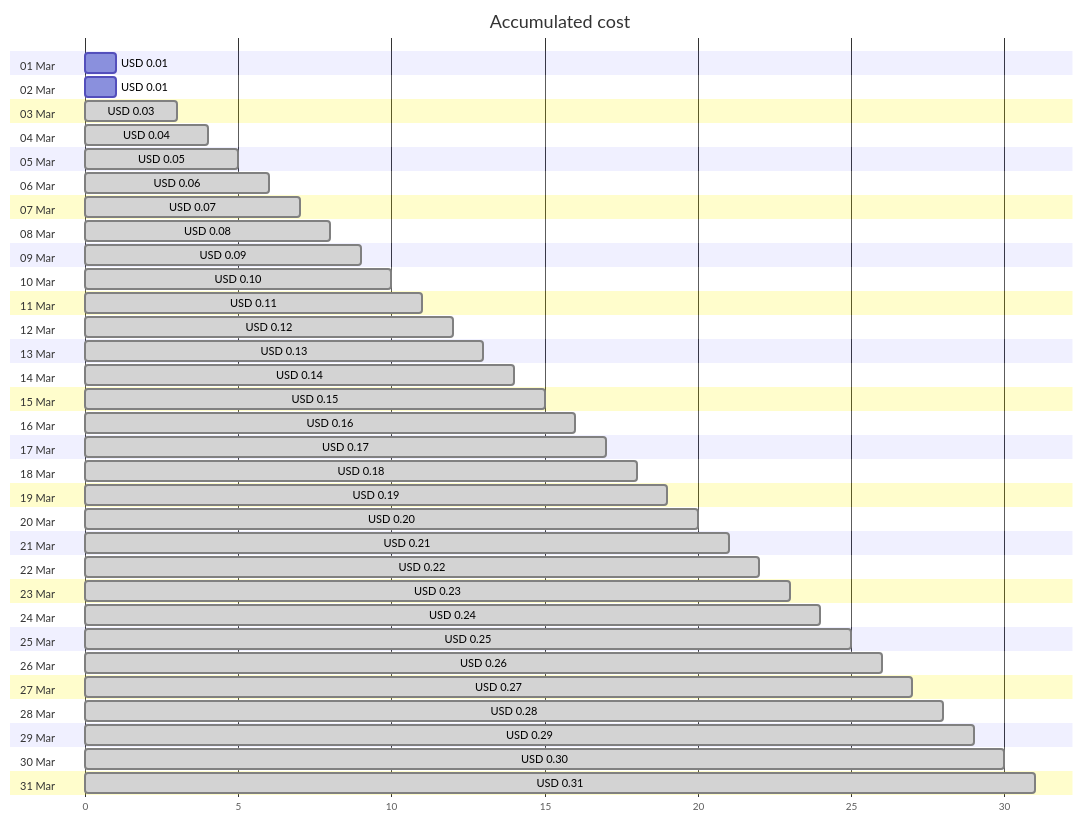
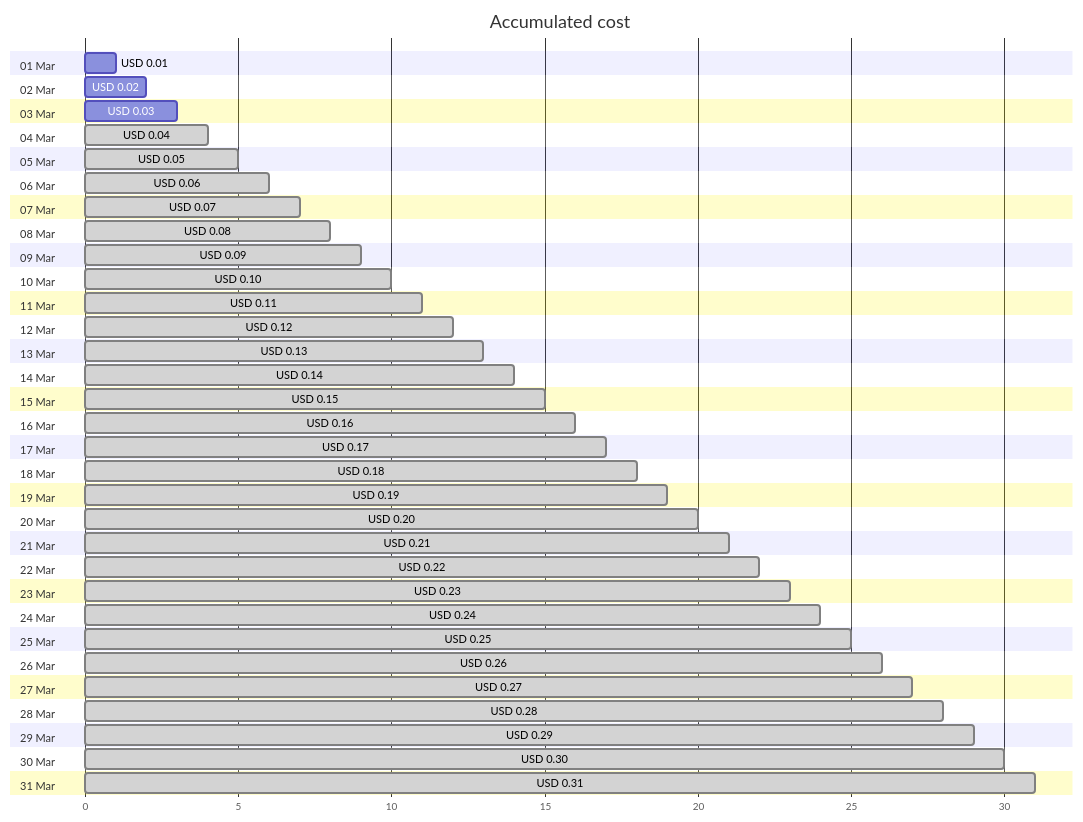
Before and after one commit to jpfulton/azure-personal-reports: the first of 4 diagrams in cost-reports/cloud-shell-storage-eastus/README.md, drawn with Mermaid. The commit also changed other lines of this file and 1 other file, not shown here.

````diff
--- a/cost-reports/cloud-shell-storage-eastus/README.md
+++ b/cost-reports/cloud-shell-storage-eastus/README.md
@@ -20,68 +20,68 @@
 ```mermaid
 gantt
    title Accumulated cost
    dateFormat  X
    axisFormat %s
    section 01 Mar
    USD 0.01 :0, 1
    section 02 Mar
-   USD 0.01 :0, 1
+   USD 0.02 :0, 2
    section 03 Mar
-   USD 0.03 : done, 0, 3
+   USD 0.03 :0, 3
    section 04 Mar
    USD 0.04 : done, 0, 4
    section 05 Mar
    USD 0.05 : done, 0, 5
    section 06 Mar
    USD 0.06 : done, 0, 6
    section 07 Mar
    USD 0.07 : done, 0, 7
    section 08 Mar
    USD 0.08 : done, 0, 8
    section 09 Mar
    USD 0.09 : done, 0, 9
    section 10 Mar
    USD 0.10 : done, 0, 10
    section 11 Mar
    USD 0.11 : done, 0, 11
    section 12 Mar
    USD 0.12 : done, 0, 12
    section 13 Mar
    USD 0.13 : done, 0, 13
    section 14 Mar
    USD 0.14 : done, 0, 14
    section 15 Mar
    USD 0.15 : done, 0, 15
    section 16 Mar
    USD 0.16 : done, 0, 16
    section 17 Mar
    USD 0.17 : done, 0, 17
    section 18 Mar
    USD 0.18 : done, 0, 18
    section 19 Mar
    USD 0.19 : done, 0, 19
    section 20 Mar
    USD 0.20 : done, 0, 20
    section 21 Mar
    USD 0.21 : done, 0, 21
    section 22 Mar
    USD 0.22 : done, 0, 22
    section 23 Mar
    USD 0.23 : done, 0, 23
    section 24 Mar
    USD 0.24 : done, 0, 24
    section 25 Mar
    USD 0.25 : done, 0, 25
    section 26 Mar
    USD 0.26 : done, 0, 26
    section 27 Mar
    USD 0.27 : done, 0, 27
    section 28 Mar
    USD 0.28 : done, 0, 28
    section 29 Mar
    USD 0.29 : done, 0, 29
    section 30 Mar
    USD 0.30 : done, 0, 30
    section 31 Mar
    USD 0.31 : done, 0, 31
 ```
````
